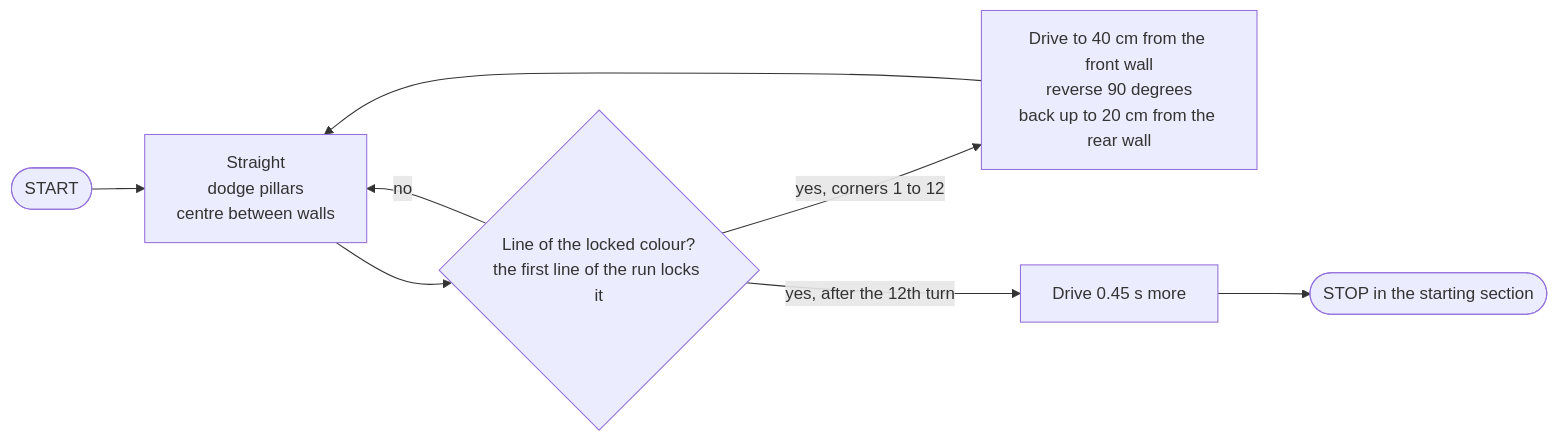
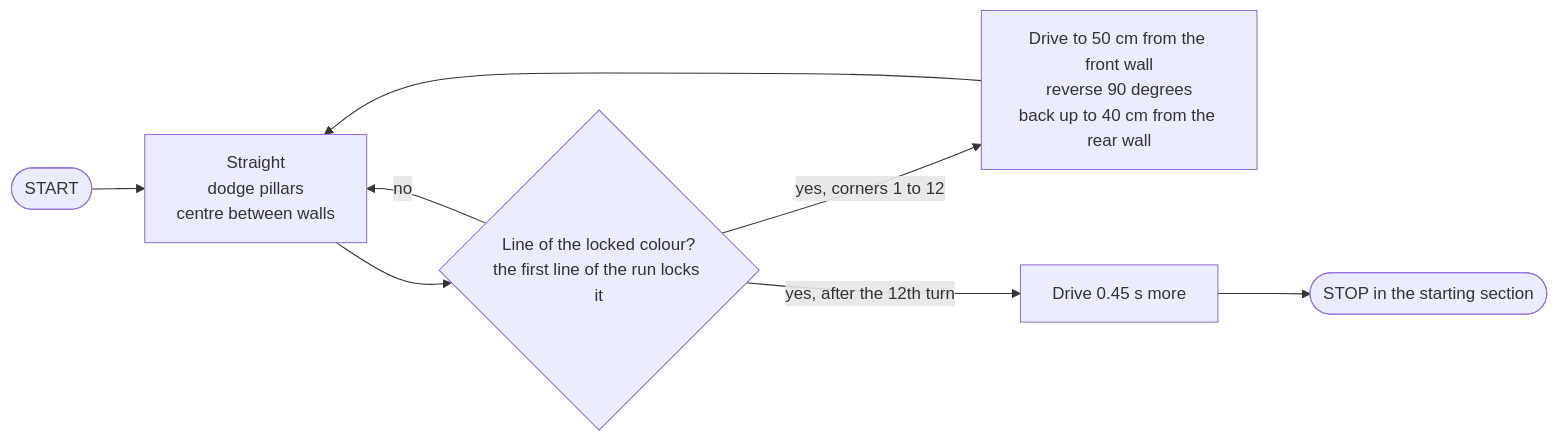
Before and after one commit to henryalejandrorieraloza-sudo/WRO-2026-Future-Engineers-Journal: the third of 4 diagrams in README.md, drawn with Mermaid. The commit also changed other lines of this file and 4 other files, not shown here.

````diff
--- a/README.md
+++ b/README.md
@@ -591,10 +591,10 @@
 ```mermaid
 flowchart LR
     S([START]) --> A["Straight<br>dodge pillars<br>centre between walls"]
     A --> L{Line of the locked colour?<br>the first line of the run locks it}
     L -- no --> A
-    L -- "yes, corners 1 to 12" --> T["Drive to 40 cm from the front wall<br>reverse 90 degrees<br>back up to 20 cm from the rear wall"]
+    L -- "yes, corners 1 to 12" --> T["Drive to 50 cm from the front wall<br>reverse 90 degrees<br>back up to 40 cm from the rear wall"]
     T --> A
     L -- "yes, after the 12th turn" --> F["Drive 0.45 s more"]
     F --> E([STOP in the starting section])
 ```
````
